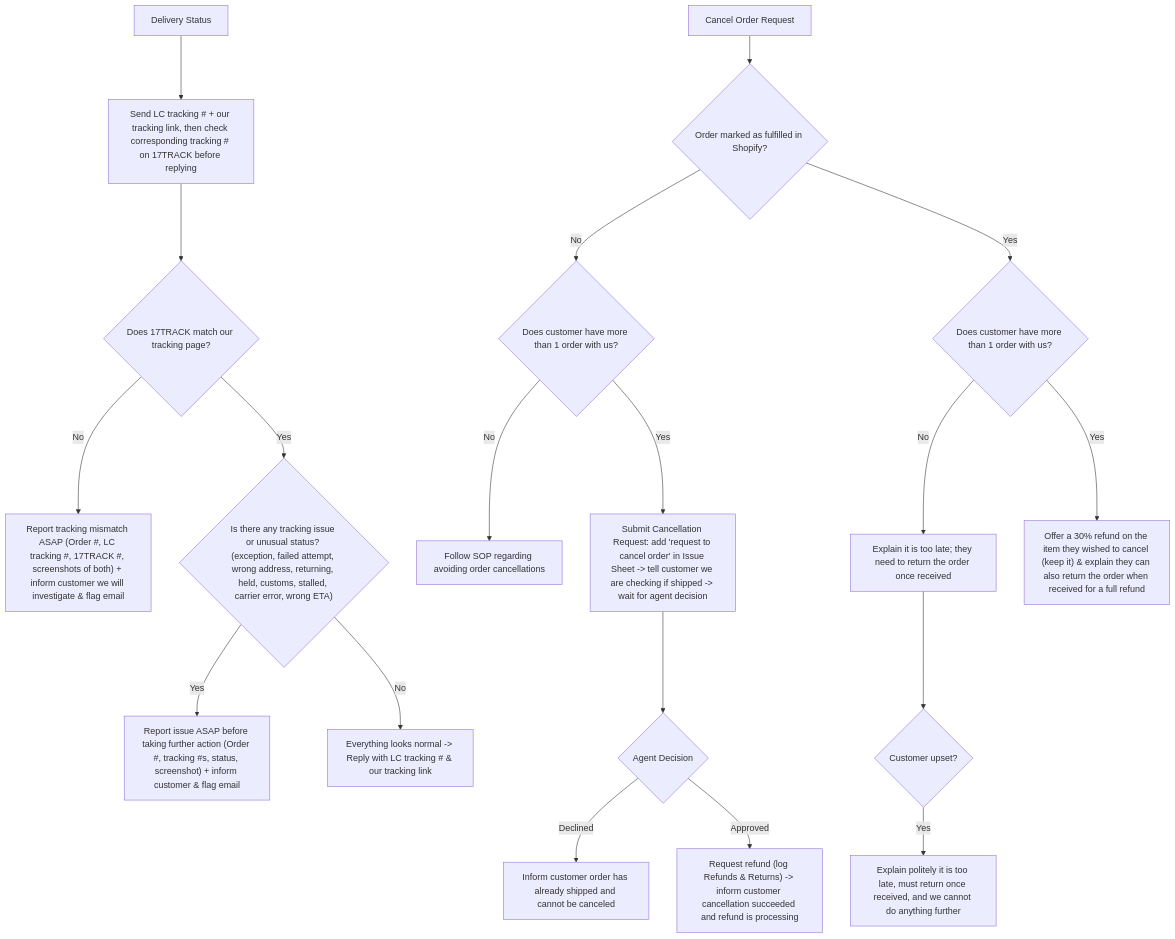
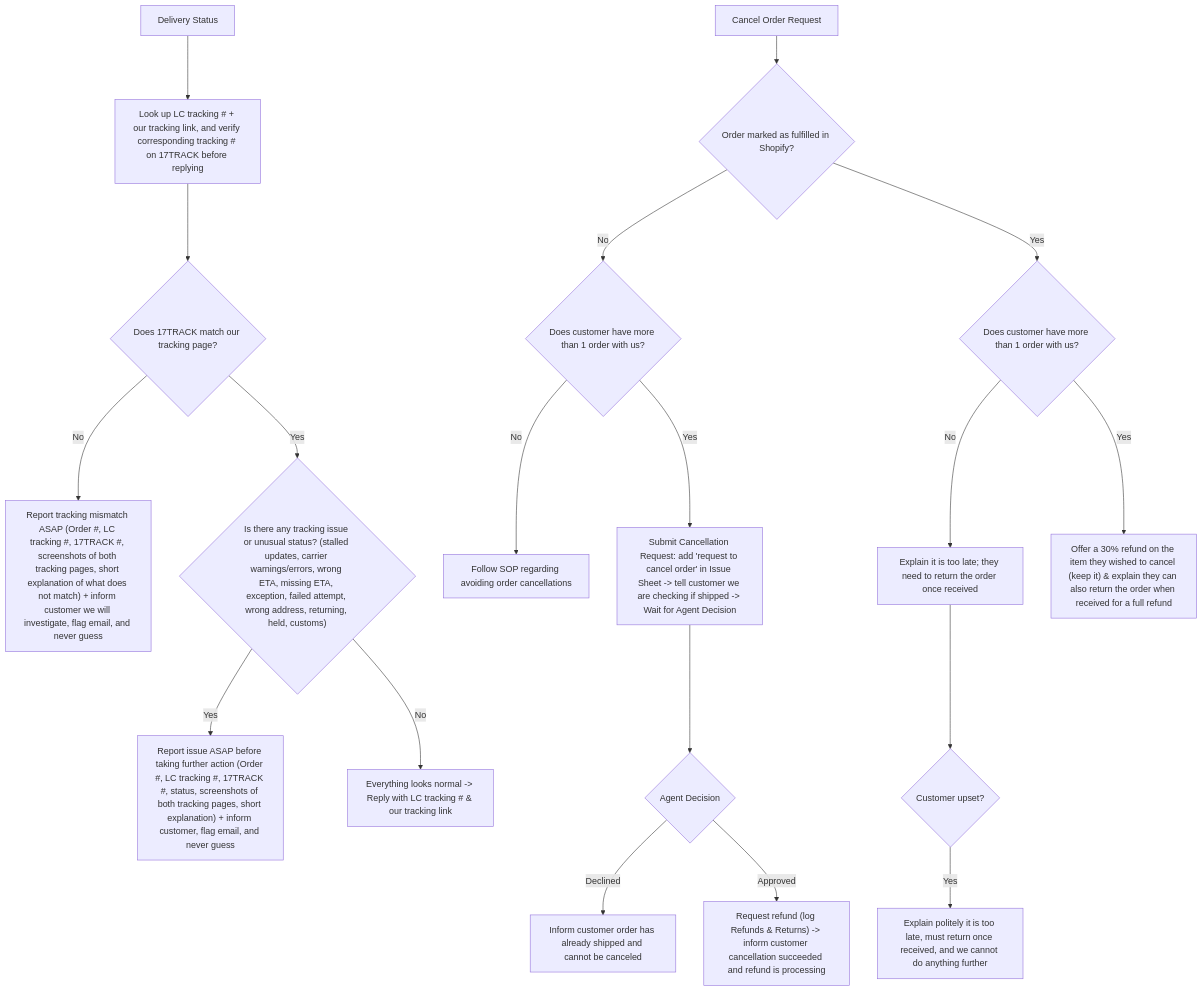
One commit to HairyBlue/aorg changed the third of 4 diagrams in openmausbot/acon/skills/business/sop-and-process-builder/references/case-1/README.md. Above: the diagram before and after it, drawn with Mermaid. The commit also changed other lines of this file and 4 other files, not shown here.

````diff
--- a/openmausbot/acon/skills/business/sop-and-process-builder/references/case-1/README.md
+++ b/openmausbot/acon/skills/business/sop-and-process-builder/references/case-1/README.md
@@ -94,25 +102,25 @@
 ```mermaid
 flowchart TD
     %% Delivery Status
-    DS0["Delivery Status"] --> DS1["Send LC tracking # + our tracking link, then check corresponding tracking # on 17TRACK before replying"]
+    DS0["Delivery Status"] --> DS1["Look up LC tracking # + our tracking link, and verify corresponding tracking # on 17TRACK before replying"]
     DS1 --> DS2{"Does 17TRACK match our tracking page?"}
-    DS2 -- "No" --> DS2N["Report tracking mismatch ASAP (Order #, LC tracking #, 17TRACK #, screenshots of both) + inform customer we will investigate & flag email"]
-    DS2 -- "Yes" --> DS3{"Is there any tracking issue or unusual status? (exception, failed attempt, wrong address, returning, held, customs, stalled, carrier error, wrong ETA)"}
-    DS3 -- "Yes" --> DS3Y["Report issue ASAP before taking further action (Order #, tracking #s, status, screenshot) + inform customer & flag email"]
+    DS2 -- "No" --> DS2N["Report tracking mismatch ASAP (Order #, LC tracking #, 17TRACK #, screenshots of both tracking pages, short explanation of what does not match) + inform customer we will investigate, flag email, and never guess"]
+    DS2 -- "Yes" --> DS3{"Is there any tracking issue or unusual status? (stalled updates, carrier warnings/errors, wrong ETA, missing ETA, exception, failed attempt, wrong address, returning, held, customs)"}
+    DS3 -- "Yes" --> DS3Y["Report issue ASAP before taking further action (Order #, LC tracking #, 17TRACK #, status, screenshots of both tracking pages, short explanation) + inform customer, flag email, and never guess"]
     DS3 -- "No" --> DS3N["Everything looks normal -> Reply with LC tracking # & our tracking link"]
 
     %% Cancel Order Request
     CO0["Cancel Order Request"] --> CO1{"Order marked as fulfilled in Shopify?"}
     CO1 -- "No" --> CO2{"Does customer have more than 1 order with us?"}
     CO2 -- "No" --> CO2N["Follow SOP regarding avoiding order cancellations"]
-    CO2 -- "Yes" --> CO2Y["Submit Cancellation Request: add 'request to cancel order' in Issue Sheet -> tell customer we are checking if shipped -> wait for agent decision"]
+    CO2 -- "Yes" --> CO2Y["Submit Cancellation Request: add 'request to cancel order' in Issue Sheet -> tell customer we are checking if shipped -> Wait for Agent Decision"]
     CO2Y --> CO2D{"Agent Decision"}
     CO2D -- "Declined" --> CO2D1["Inform customer order has already shipped and cannot be canceled"]
     CO2D -- "Approved" --> CO2D2["Request refund (log Refunds & Returns) -> inform customer cancellation succeeded and refund is processing"]
 
     CO1 -- "Yes" --> CO3{"Does customer have more than 1 order with us?"}
     CO3 -- "No" --> CO3N["Explain it is too late; they need to return the order once received"]
     CO3N --> CO3U{"Customer upset?"}
     CO3U -- "Yes" --> CO3U1["Explain politely it is too late, must return once received, and we cannot do anything further"]
     CO3 -- "Yes" --> CO3Y["Offer a 30% refund on the item they wished to cancel (keep it) & explain they can also return the order when received for a full refund"]
 ```
````
